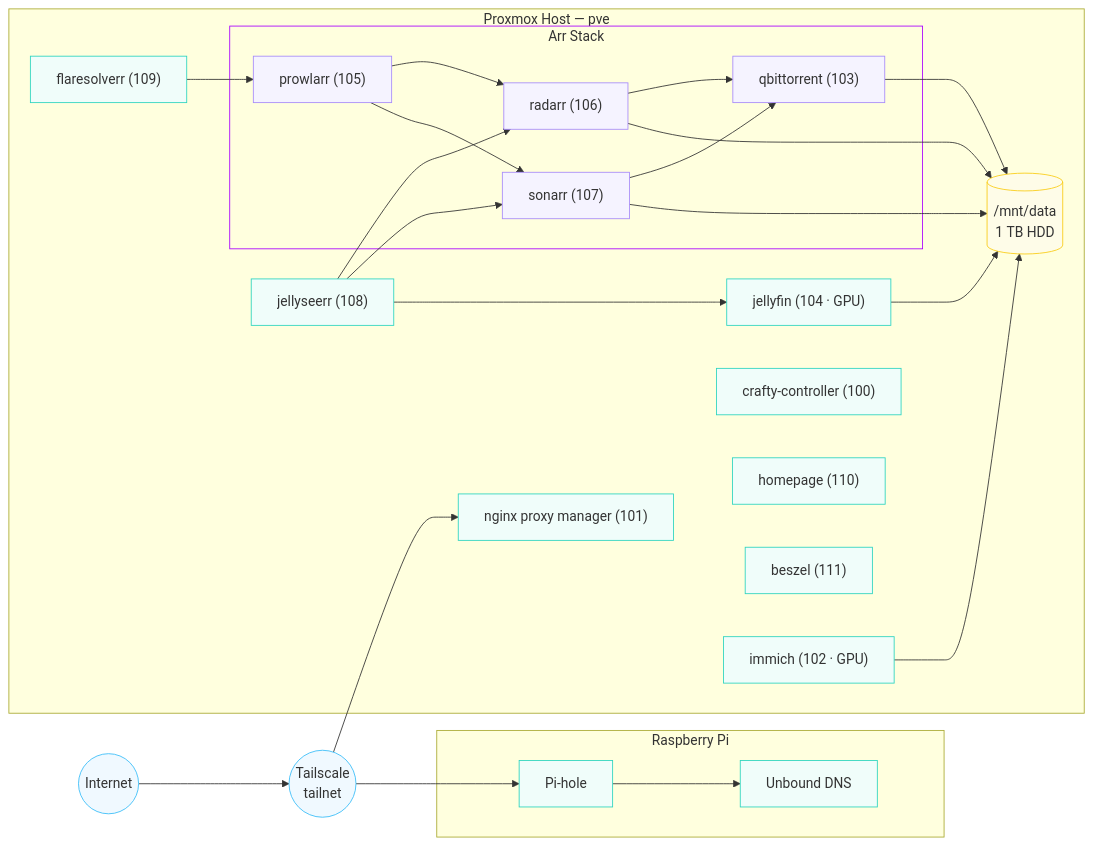
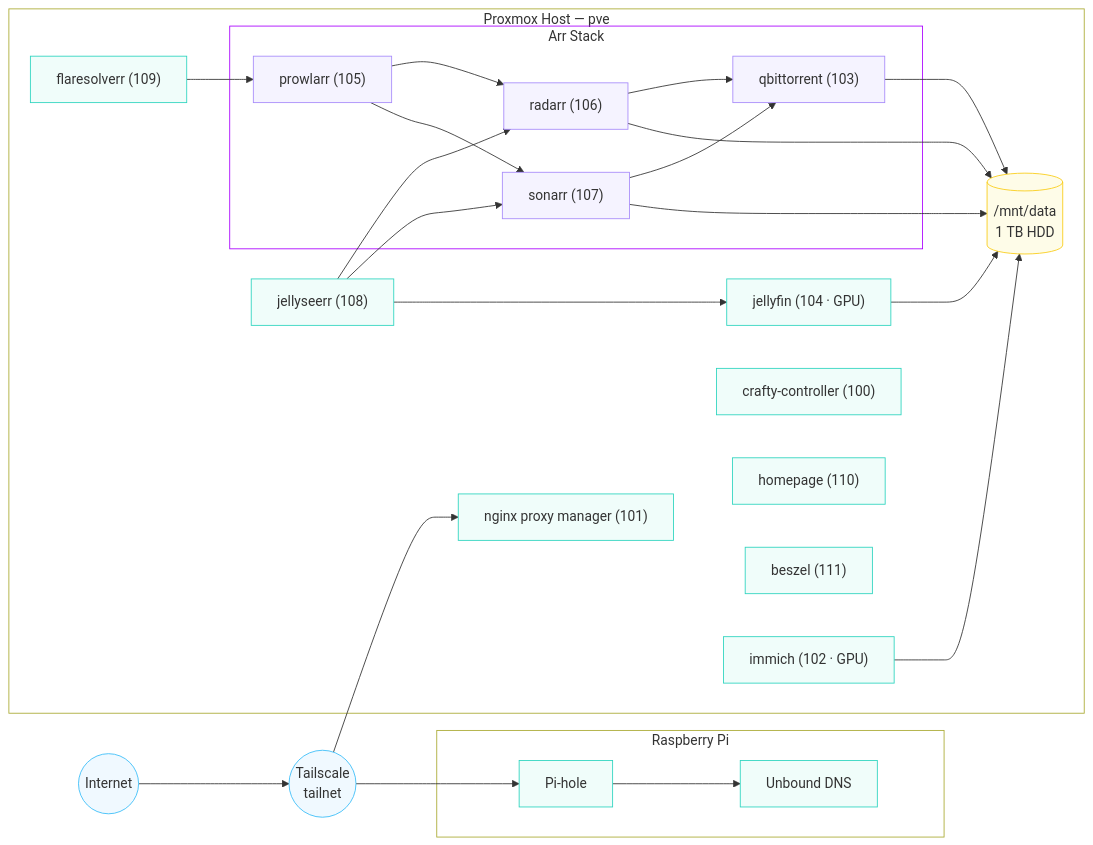
The diagram in README.md (EthanFavis/Ethanet), drawn with Mermaid before and after one commit. The commit also changed 1 other file, not shown here.

Commit message:
Clear subgraph background fills so only borders show

````diff
--- a/README.md
+++ b/README.md
@@ -71,66 +71,68 @@
 ```mermaid
 flowchart LR
  subgraph Pi["Raspberry Pi"]
         Pihole["Pi‑hole"]
         Unbound["Unbound DNS"]
   end
  subgraph ARR["Arr Stack"]
         Prowlarr["prowlarr (105)"]
         Radarr["radarr (106)"]
         Sonarr["sonarr (107)"]
         QB["qbittorrent (103)"]
   end
  subgraph PVE["Proxmox Host — pve"]
         Homepage["homepage (110)"]
         NPM["nginx proxy manager (101)"]
         Crafty["crafty‑controller (100)"]
         Beszel["beszel (111)"]
         Flare["flaresolverr (109)"]
         ARR
         Seerr["jellyseerr (108)"]
         Jellyfin["jellyfin (104 · GPU)"]
         Immich["immich (102 · GPU)"]
         Storage[("/mnt/data<br>1 TB HDD")]
   end
     Internet(("Internet")) --> Tailnet(("Tailscale<br>tailnet"))
     Pihole --> Unbound
     Prowlarr --> Radarr & Sonarr
     Radarr --> QB & Storage
     Sonarr --> QB & Storage
     Tailnet --> Pihole & NPM
     Flare --> Prowlarr
     Seerr --> Radarr & Sonarr & Jellyfin
     QB --> Storage
     Jellyfin --> Storage
     Immich --> Storage
 
     %% invisible edges to anchor orphan containers near NPM
     NPM ~~~ Crafty
     NPM ~~~ Homepage
     NPM ~~~ Beszel
     NPM ~~~ Immich
 
      Internet:::network
      Tailnet:::network
      Pihole:::service
      Unbound:::service
      Homepage:::service
      NPM:::service
      Crafty:::service
      Beszel:::service
      Flare:::service
      Prowlarr:::media
      Radarr:::media
      Sonarr:::media
      QB:::media
      Seerr:::service
      Jellyfin:::service
      Immich:::service
      Storage:::storage
     classDef infra stroke:#818cf8,fill:#eef2ff
     classDef service stroke:#2dd4bf,fill:#f0fdfa
     classDef storage stroke:#facc15,fill:#fefce8
     classDef network stroke:#38bdf8,fill:#f0f9ff
     classDef media stroke:#a78bfa,fill:#f5f3ff
-    style ARR stroke:#AA00FF
+    style ARR stroke:#AA00FF,fill:transparent
+    style PVE fill:transparent
+    style Pi fill:transparent
 ```
````
